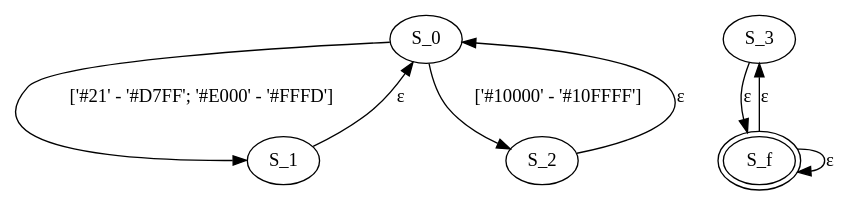
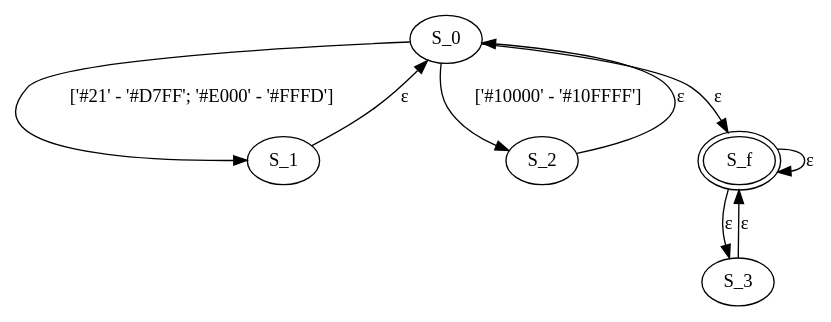
The diagram in toys/images/g012.fsa.dot (cmsmcq/gingersnap), drawn with Graphviz before and after one commit. The commit also changed 32 other files, not shown here.

```diff
--- a/toys/images/g012.fsa.dot
+++ b/toys/images/g012.fsa.dot
@@ -1,19 +1,20 @@
 digraph rgfsa {
   /* Circles-and-arrows diagram of FSA from right-regular grammar. 
      Generated by rg-to-dot.xsl.
      Input:file:/Users/cmsmcq/2021/gingersnap/toys/g012.fsa.xml
-     Generated:2021-01-17T11:46:15.906663-07:00 */
+     Generated:2021-01-17T12:43:07.797974-07:00 */
 
 S_0 [label="S_0"]
 S_1 [label="S_1"]
 S_2 [label="S_2"]
 S_3 [label="S_3"]
 S_f [label="S_f" peripheries=2]
 S_0 -> S_1 [label="['#21' - '#D7FF'; '#E000' - '#FFFD']"];
 S_0 -> S_2 [label="['#10000' - '#10FFFF']"];
+S_0 -> S_f [label="ε"];
 S_1 -> S_0 [label="ε"];
 S_2 -> S_0 [label="ε"];
 S_3 -> S_f [label="ε"];
 S_f -> S_3 [label="ε"];
 S_f -> S_f [label="ε"];
 }
```
